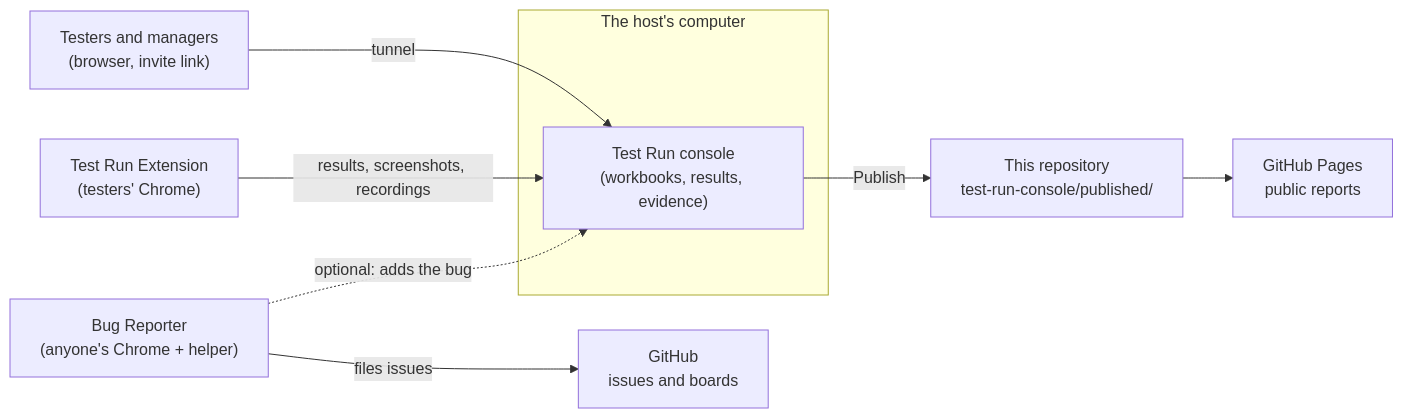
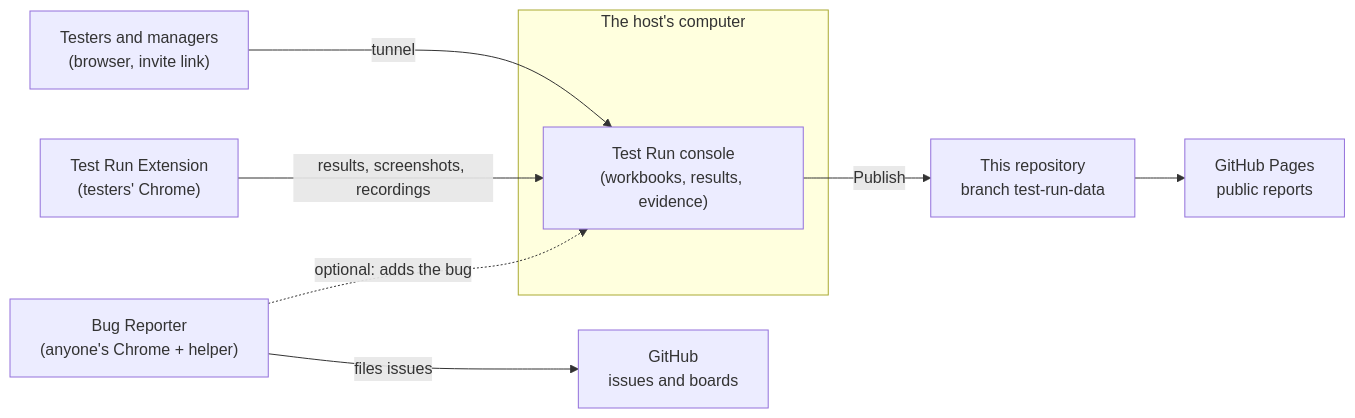
The diagram in README.md (Gurjeet-eGov/Claude-Extensions), drawn with Mermaid before and after one commit. The commit also changed other lines of this file and 10 other files, not shown here.

````diff
--- a/README.md
+++ b/README.md
@@ -19,18 +19,18 @@
 ```mermaid
 flowchart LR
   subgraph host["The host's computer"]
     TR["Test Run console<br/>(workbooks, results, evidence)"]
   end
   TRX["Test Run Extension<br/>(testers' Chrome)"]
   BR["Bug Reporter<br/>(anyone's Chrome + helper)"]
   B["Testers and managers<br/>(browser, invite link)"]
   GH["GitHub<br/>issues and boards"]
-  REPO["This repository<br/>test-run-console/published/"]
+  REPO["This repository<br/>branch test-run-data"]
   PAGES["GitHub Pages<br/>public reports"]
 
   B -- "tunnel" --> TR
   TRX -- "results, screenshots, recordings" --> TR
   BR -- "files issues" --> GH
   BR -. "optional: adds the bug" .-> TR
   TR -- "Publish" --> REPO --> PAGES
 ```
````
